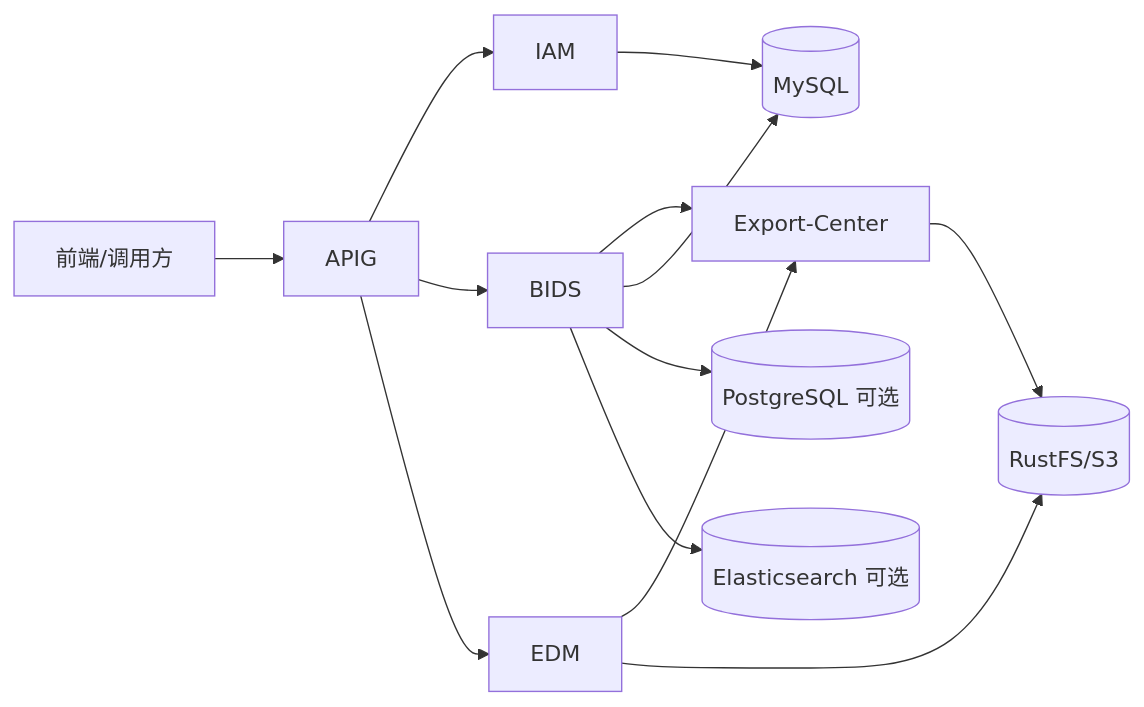
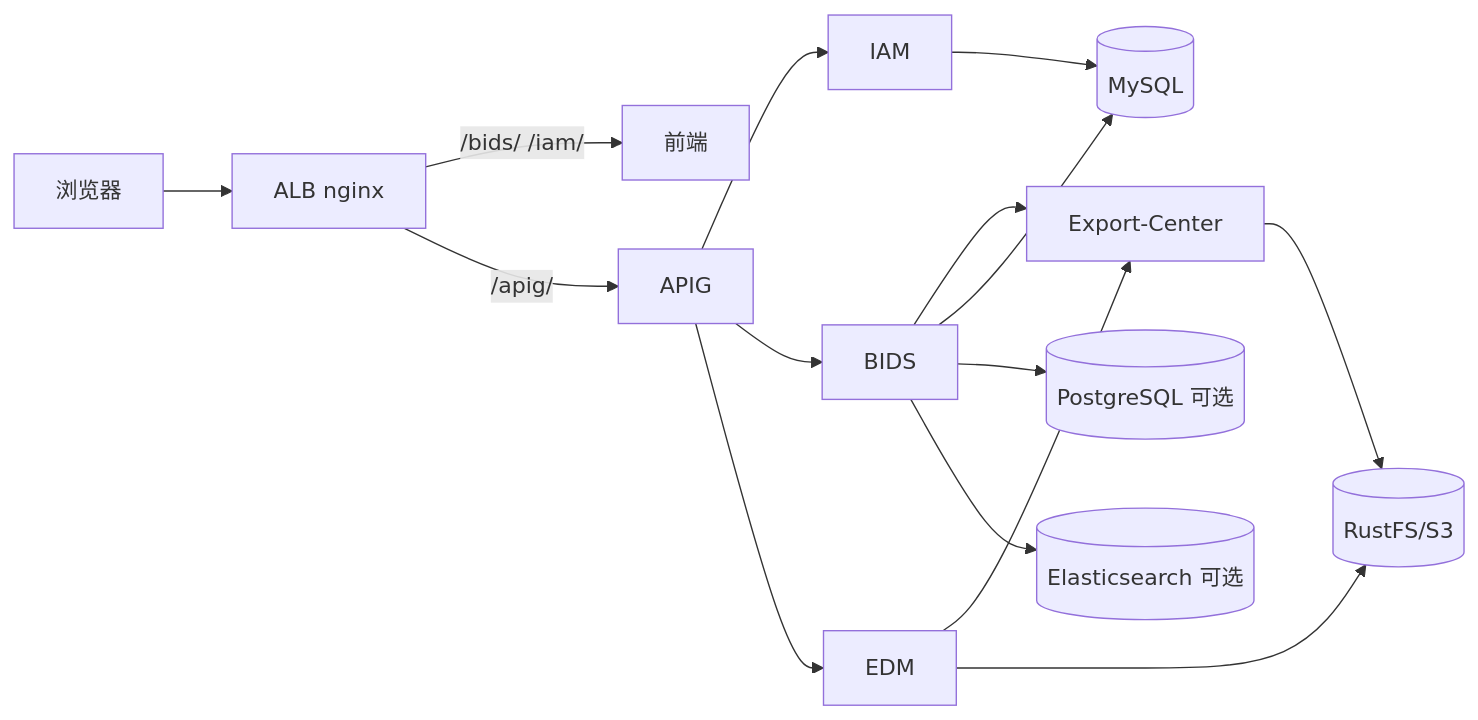
The first of 2 diagrams in docs/Yeswater企业数字化系统规划.md (Yeswater/yeds), drawn with Mermaid before and after one commit. The commit also changed other lines of this file and 82 other files, not shown here.

First line of the commit message:
feat(alb): 边缘路由 nginx 数据面、控制面与单域文根联调

````diff
--- a/docs/Yeswater企业数字化系统规划.md
+++ b/docs/Yeswater企业数字化系统规划.md
@@ -17,16 +18,18 @@
 ```mermaid
 flowchart LR
-  C[前端/调用方] --> APIG[APIG]
+  C[浏览器] --> ALB[ALB nginx]
+  ALB -->|/bids/ /iam/| FE[前端]
+  ALB -->|/apig/| APIG[APIG]
   APIG --> IAM[IAM]
   APIG --> BIDS[BIDS]
   APIG --> EDM[EDM]
   BIDS --> EXPC[Export-Center]
   EDM --> EXPC
 
   BIDS --> MYSQL[(MySQL)]
   BIDS --> PG[(PostgreSQL 可选)]
   BIDS --> ES[(Elasticsearch 可选)]
   EXPC --> OBJ[(RustFS/S3)]
   EDM --> OBJ
   IAM --> MYSQL
 ```
````
